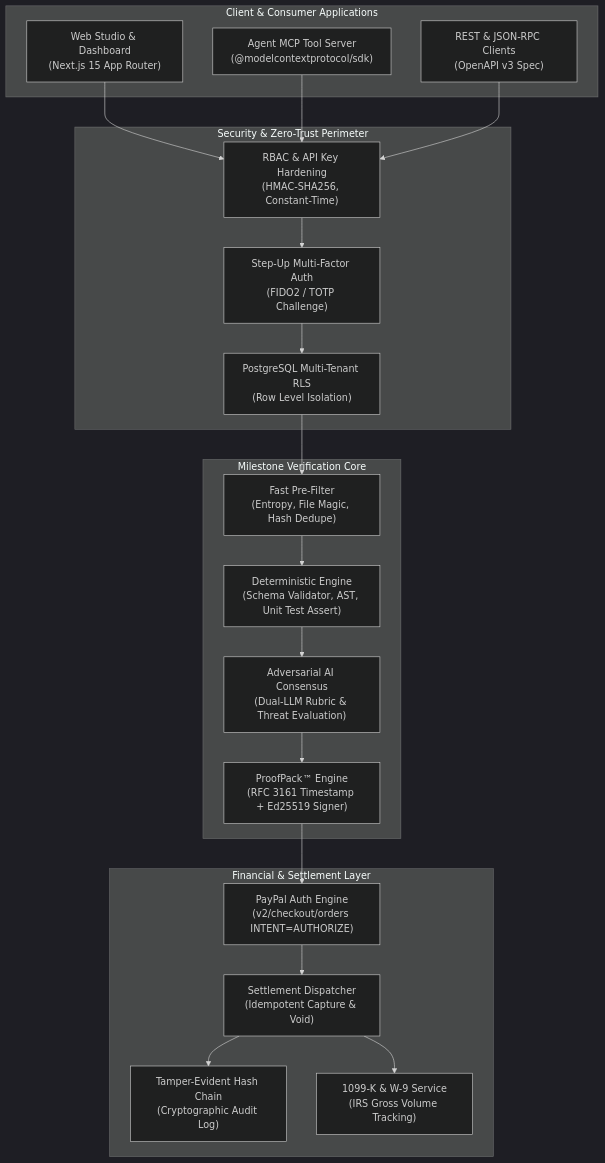
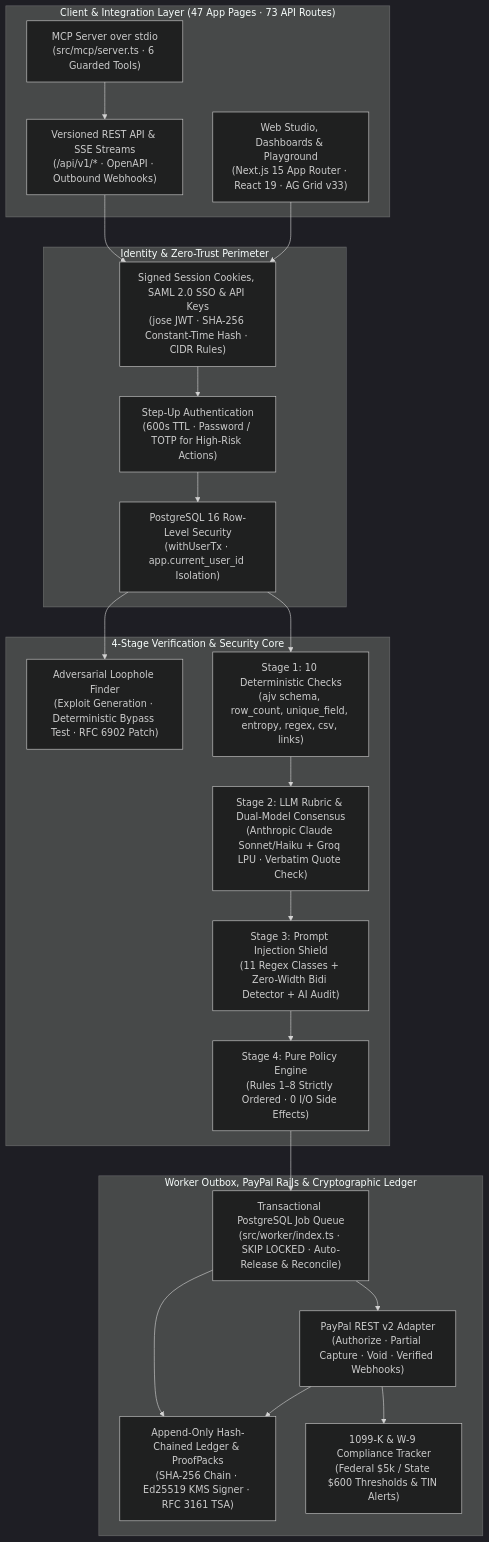
Before and after one commit to Monolithic-Dev/ProofPay: the first of 3 diagrams in README.md, drawn with Mermaid (dark theme). The commit also changed other lines of this file and 9 other files, not shown here.

Commit message:
docs: rewrite README with verified architecture and refresh banner and UI screenshots

````diff
--- a/README.md
+++ b/README.md
@@ -25,42 +58,45 @@
 ```mermaid
 graph TD
-    subgraph ClientLayer["Client & Consumer Applications"]
-        UI["Web Studio & Dashboard<br/>(Next.js 15 App Router)"]
-        CLI["Agent MCP Tool Server<br/>(@modelcontextprotocol/sdk)"]
-        API["REST & JSON-RPC Clients<br/>(OpenAPI v3 Spec)"]
+    subgraph ClientLayer["Client & Integration Layer (47 App Pages · 73 API Routes)"]
+        WebUI["Web Studio, Dashboards & Playground<br/>(Next.js 15 App Router · React 19 · AG Grid v33)"]
+        MCP["MCP Server over stdio<br/>(src/mcp/server.ts · 6 Guarded Tools)"]
+        REST["Versioned REST API & SSE Streams<br/>(/api/v1/* · OpenAPI · Outbound Webhooks)"]
     end
 
-    subgraph SecurityLayer["Security & Zero-Trust Perimeter"]
-        AuthGuards["RBAC & API Key Hardening<br/>(HMAC-SHA256, Constant-Time)"]
-        StepUp["Step-Up Multi-Factor Auth<br/>(FIDO2 / TOTP Challenge)"]
-        RLS["PostgreSQL Multi-Tenant RLS<br/>(Row Level Isolation)"]
+    subgraph SecurityPerimeter["Identity & Zero-Trust Perimeter"]
+        Auth["Signed Session Cookies, SAML 2.0 SSO & API Keys<br/>(jose JWT · SHA-256 Constant-Time Hash · CIDR Rules)"]
+        StepUp["Step-Up Authentication<br/>(600s TTL · Password / TOTP for High-Risk Actions)"]
+        RLS["PostgreSQL 16 Row-Level Security<br/>(withUserTx · app.current_user_id Isolation)"]
     end
 
-    subgraph ConsensusCore["Milestone Verification Core"]
-        JunkFilter["Fast Pre-Filter<br/>(Entropy, File Magic, Hash Dedupe)"]
-        DetChecks["Deterministic Engine<br/>(Schema Validator, AST, Unit Test Assert)"]
-        LLMConsensus["Adversarial AI Consensus<br/>(Dual-LLM Rubric & Threat Evaluation)"]
-        ProofPack["ProofPack™ Engine<br/>(RFC 3161 Timestamp + Ed25519 Signer)"]
+    subgraph VerificationCore["4-Stage Verification & Security Core"]
+        Loophole["Adversarial Loophole Finder<br/>(Exploit Generation · Deterministic Bypass Test · RFC 6902 Patch)"]
+        Stage1["Stage 1: 10 Deterministic Checks<br/>(ajv schema, row_count, unique_field, entropy, regex, csv, links)"]
+        Stage2["Stage 2: LLM Rubric & Dual-Model Consensus<br/>(Anthropic Claude Sonnet/Haiku + Groq LPU · Verbatim Quote Check)"]
+        Stage3["Stage 3: Prompt Injection Shield<br/>(11 Regex Classes + Zero-Width Bidi Detector + AI Audit)"]
+        Stage4["Stage 4: Pure Policy Engine<br/>(Rules 1–8 Strictly Ordered · 0 I/O Side Effects)"]
     end
 
-    subgraph PaymentEngine["Financial & Settlement Layer"]
-        PayPalAuth["PayPal Auth Engine<br/>(v2/checkout/orders INTENT=AUTHORIZE)"]
-        CaptureEngine["Settlement Dispatcher<br/>(Idempotent Capture & Void)"]
-        Ledger["Tamper-Evident Hash Chain<br/>(Cryptographic Audit Log)"]
-        TaxEngine["1099-K & W-9 Service<br/>(IRS Gross Volume Tracking)"]
+    subgraph SettlementLayer["Worker Outbox, PayPal Rails & Cryptographic Ledger"]
+        Worker["Transactional PostgreSQL Job Queue<br/>(src/worker/index.ts · SKIP LOCKED · Auto-Release & Reconcile)"]
+        PayPal["PayPal REST v2 Adapter<br/>(Authorize · Partial Capture · Void · Verified Webhooks)"]
+        Ledger["Append-Only Hash-Chained Ledger & ProofPacks<br/>(SHA-256 Chain · Ed25519 KMS Signer · RFC 3161 TSA)"]
+        Tax["1099-K & W-9 Compliance Tracker<br/>(Federal $5k / State $600 Thresholds & TIN Alerts)"]
     end
 
-    UI --> AuthGuards
-    CLI --> AuthGuards
-    API --> AuthGuards
-    AuthGuards --> StepUp
+    WebUI --> Auth
+    MCP --> REST
+    REST --> Auth
+    Auth --> StepUp
     StepUp --> RLS
-    RLS --> JunkFilter
-    JunkFilter --> DetChecks
-    DetChecks --> LLMConsensus
-    LLMConsensus --> ProofPack
-    ProofPack --> PayPalAuth
-    PayPalAuth --> CaptureEngine
-    CaptureEngine --> Ledger
-    CaptureEngine --> TaxEngine
+    RLS --> Loophole
+    RLS --> Stage1
+    Stage1 --> Stage2
+    Stage2 --> Stage3
+    Stage3 --> Stage4
+    Stage4 --> Worker
+    Worker --> PayPal
+    PayPal --> Ledger
+    Worker --> Ledger
+    PayPal --> Tax
 ```
````
